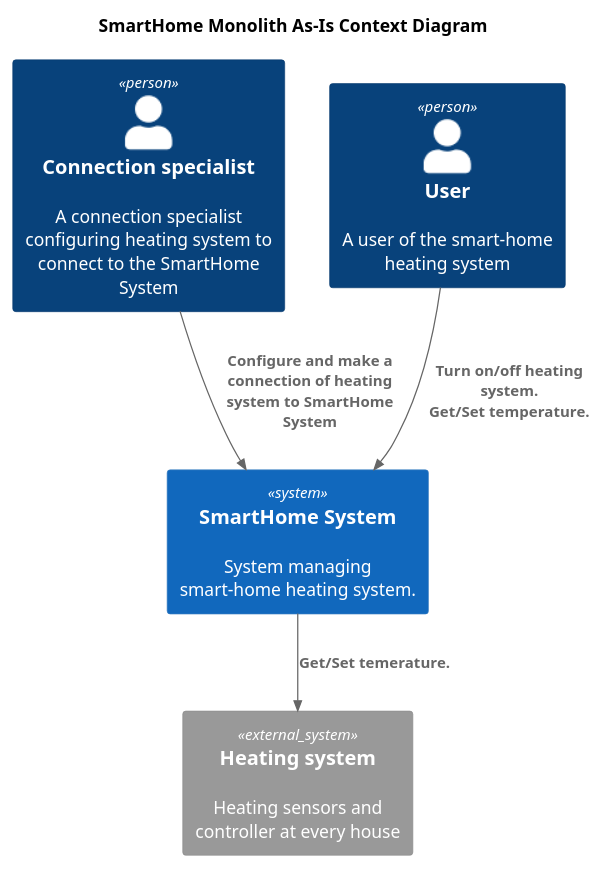
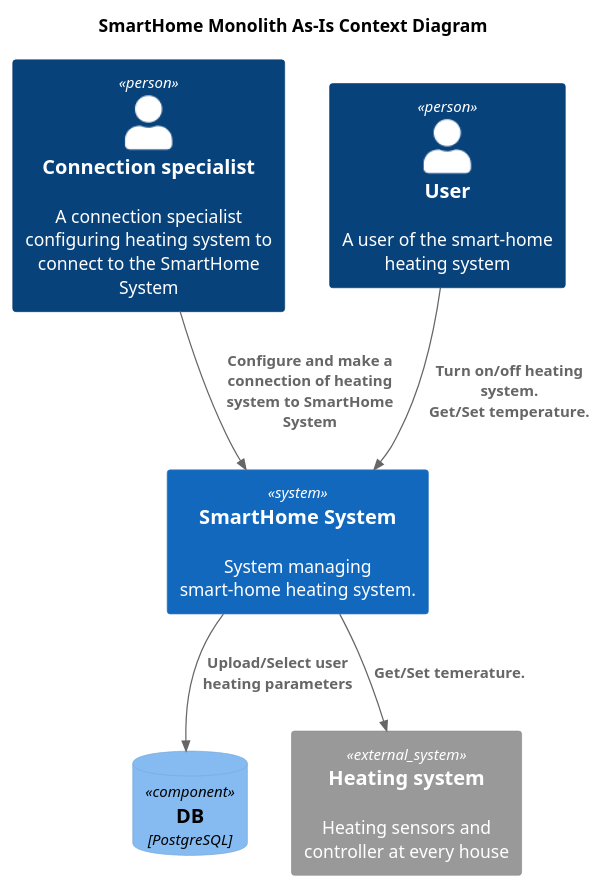
One commit to ZhurkinAngular/Warmhouse changed the diagram in diagrams/context/monolith_as_is.puml. Above: the diagram before and after it, drawn with PlantUML. The commit also changed 1 other file, not shown here.

Commit message:
Added container diagram

```diff
--- a/diagrams/context/monolith_as_is.puml
+++ b/diagrams/context/monolith_as_is.puml
@@ -1,19 +1,22 @@
 @startuml
 title SmartHome Monolith As-Is Context Diagram
 
 top to bottom direction
 
 !include https://raw.githubusercontent.com/RicardoNiepel/C4-PlantUML/master/C4_Component.puml
 
 Person(connection_specialist, "Connection specialist", "A connection specialist configuring heating system to connect to the SmartHome System")
 Person(user, "User", "A user of the smart-home heating system")
 
 System(smart_home_system, "SmartHome System", "System managing smart-home heating system.")
 
+ComponentDb(database, "DB", "PostgreSQL")
+
 System_Ext(heating_system, "Heating system", "Heating sensors and controller at every house")
 
 Rel(connection_specialist, smart_home_system, "Configure and make a connection of heating system to SmartHome System")
 Rel(user, smart_home_system, "Turn on/off heating system.\nGet/Set temperature.")
 Rel(smart_home_system, heating_system, "Get/Set temerature.")
+Rel(smart_home_system, database, "Upload/Select user heating parameters")
 
 @enduml
```
